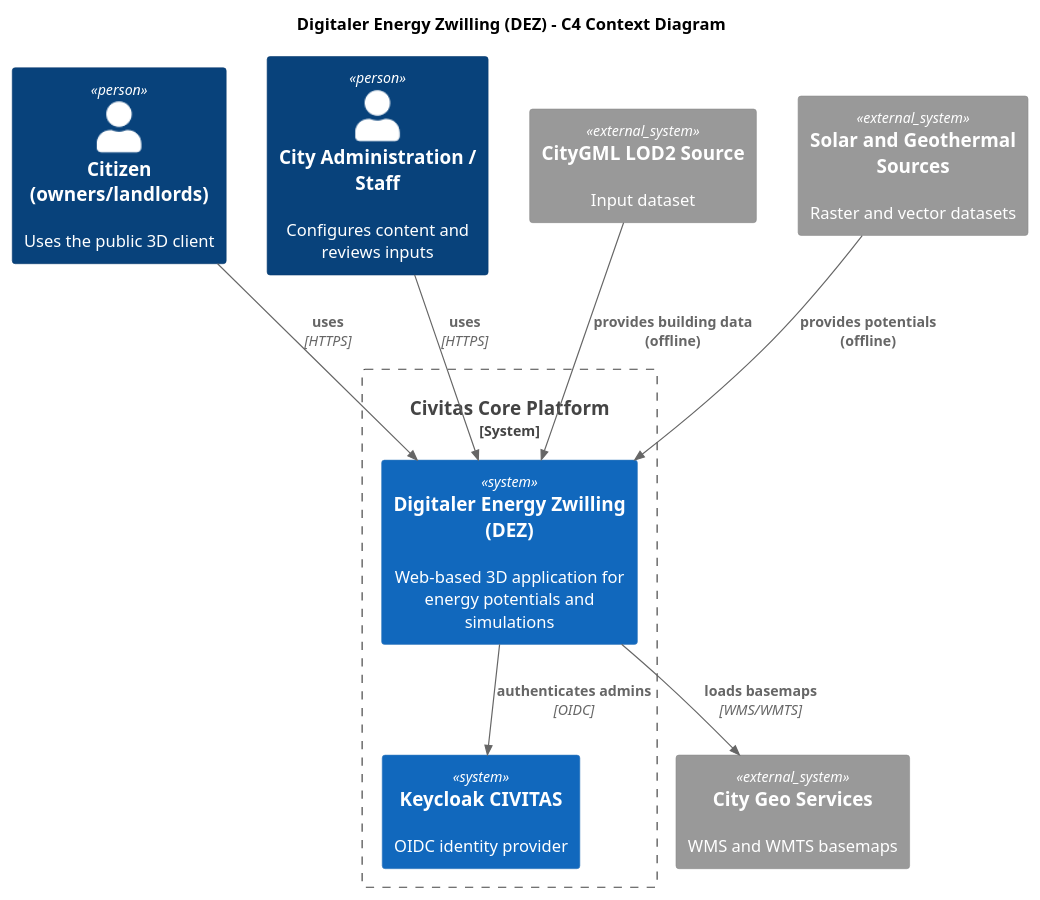
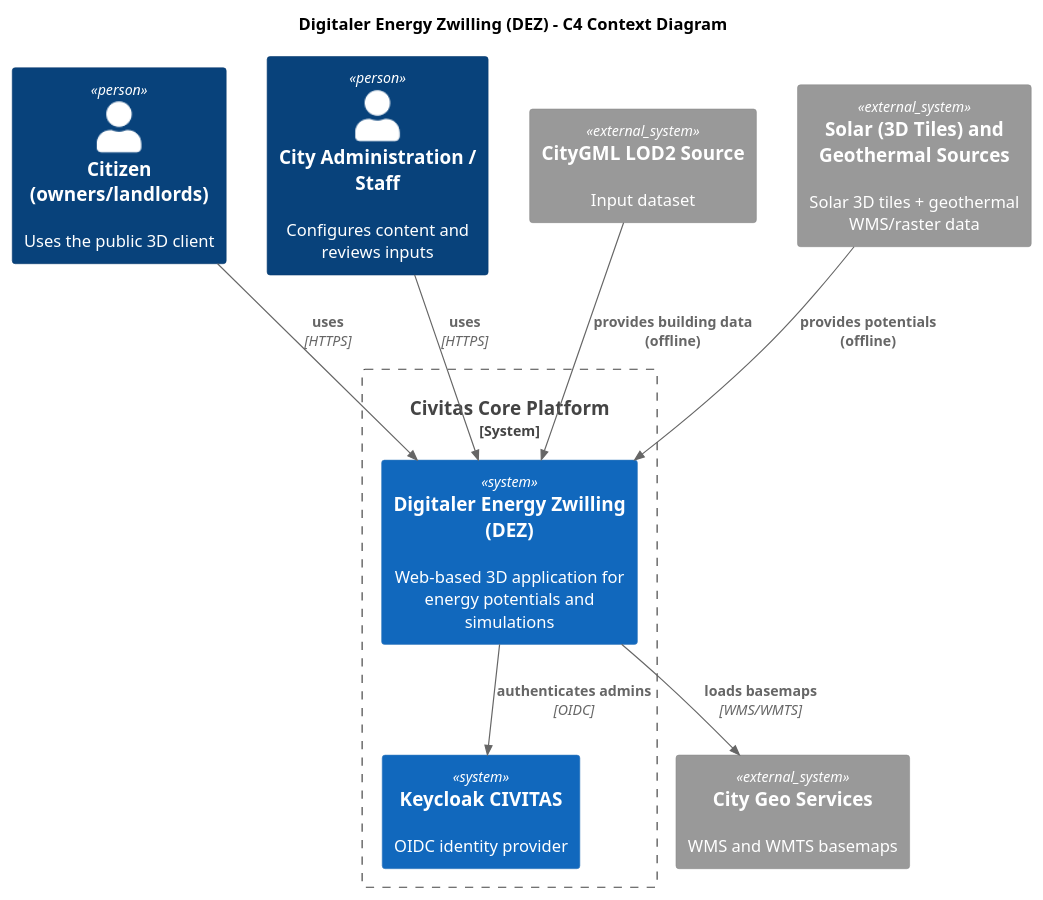
One commit to csi-FOXBYTE/Regensburg_DigitalerEnergieZwilling_Backend changed the diagram in docs/architecture/raw/c4-context.puml. Above: the diagram before and after it, drawn with PlantUML. The commit also changed 19 other files, not shown here.

```diff
--- a/docs/architecture/raw/c4-context.puml
+++ b/docs/architecture/raw/c4-context.puml
@@ -1,25 +1,25 @@
 @startuml
 !includeurl https://raw.githubusercontent.com/plantuml-stdlib/C4-PlantUML/master/C4_Context.puml
 
 title Digitaler Energy Zwilling (DEZ) - C4 Context Diagram
 
 Person(citizen, "Citizen (owners/landlords)", "Uses the public 3D client")
 Person(admin, "City Administration / Staff", "Configures content and reviews inputs")
 
 System_Boundary(civitas, "Civitas Core Platform") {
   System(det, "Digitaler Energy Zwilling (DEZ)", "Web-based 3D application for energy potentials and simulations")
   System(idp, "Keycloak CIVITAS", "OIDC identity provider")
 }
 
 System_Ext(geo, "City Geo Services", "WMS and WMTS basemaps")
 System_Ext(citygml, "CityGML LOD2 Source", "Input dataset")
-System_Ext(potentials, "Solar and Geothermal Sources", "Raster and vector datasets")
+System_Ext(potentials, "Solar (3D Tiles) and Geothermal Sources", "Solar 3D tiles + geothermal WMS/raster data")
 
 Rel(citizen, det, "uses", "HTTPS")
 Rel(admin, det, "uses", "HTTPS")
 Rel(det, idp, "authenticates admins", "OIDC")
 Rel(det, geo, "loads basemaps", "WMS/WMTS")
 Rel(citygml, det, "provides building data (offline)")
 Rel(potentials, det, "provides potentials (offline)")
 
 @enduml
```
